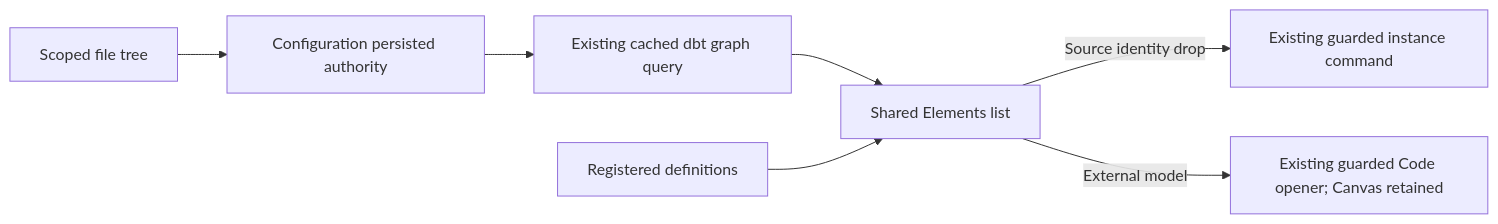
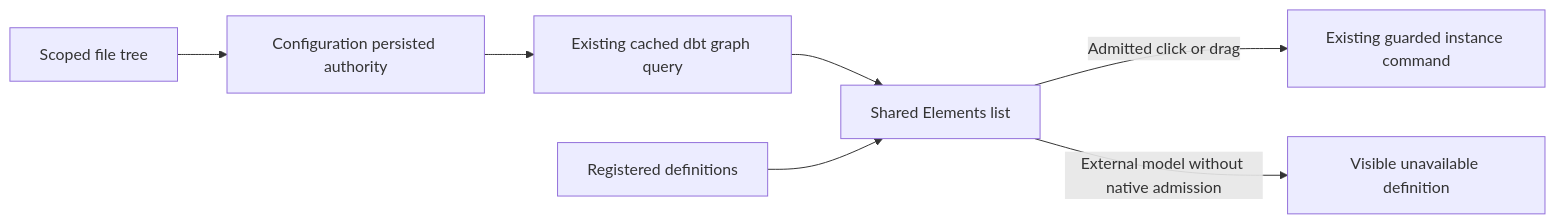
The second of 6 diagrams in docs/architecture/components/web/code-workbench-workspace-files-component.md (dunay2/dvt), drawn with Mermaid before and after one commit. The commit also changed other lines of this file and 64 other files, not shown here.

Commit message:
fix(web): Preserve model definitions and unrelated Canvas presentation

````diff
--- a/docs/architecture/components/web/code-workbench-workspace-files-component.md
+++ b/docs/architecture/components/web/code-workbench-workspace-files-component.md
@@ -183,9 +190,9 @@
 ```mermaid
 flowchart LR
   T[Scoped file tree] --> A[Configuration persisted authority]
   A --> G[Existing cached dbt graph query]
   G --> E[Shared Elements list]
   N[Registered definitions] --> E
-  E -->|Source identity drop| S[Existing guarded instance command]
-  E -->|External model| R[Existing guarded Code opener; Canvas retained]
+  E -->|Admitted click or drag| S[Existing guarded instance command]
+  E -->|External model without native admission| R[Visible unavailable definition]
 ```
````
